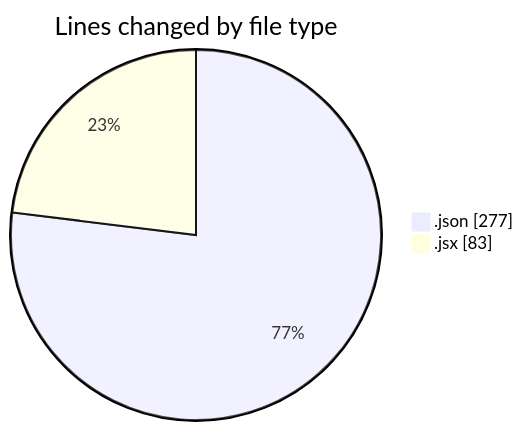
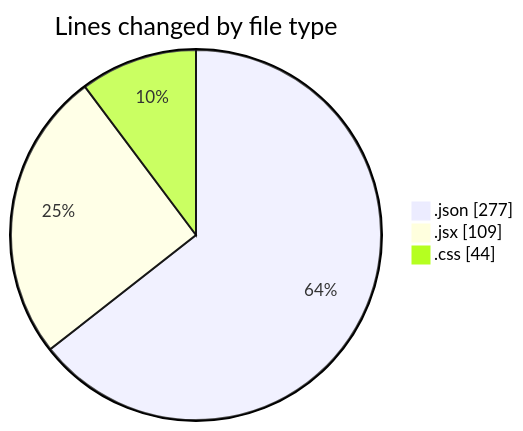
The first of 2 diagrams in 2025-02-11/react_ecom/README.md (Elitesun/code-tracking), drawn with Mermaid before and after one commit. The commit also changed other lines of this file and 1 other file, not shown here.

````diff
--- a/2025-02-11/react_ecom/README.md
+++ b/2025-02-11/react_ecom/README.md
@@ -23,6 +25,7 @@
 ```mermaid
 pie showData
 title Lines changed by file type
 ".json" : 277
-".jsx" : 83
+".jsx" : 109
+".css" : 44
 ```
````
